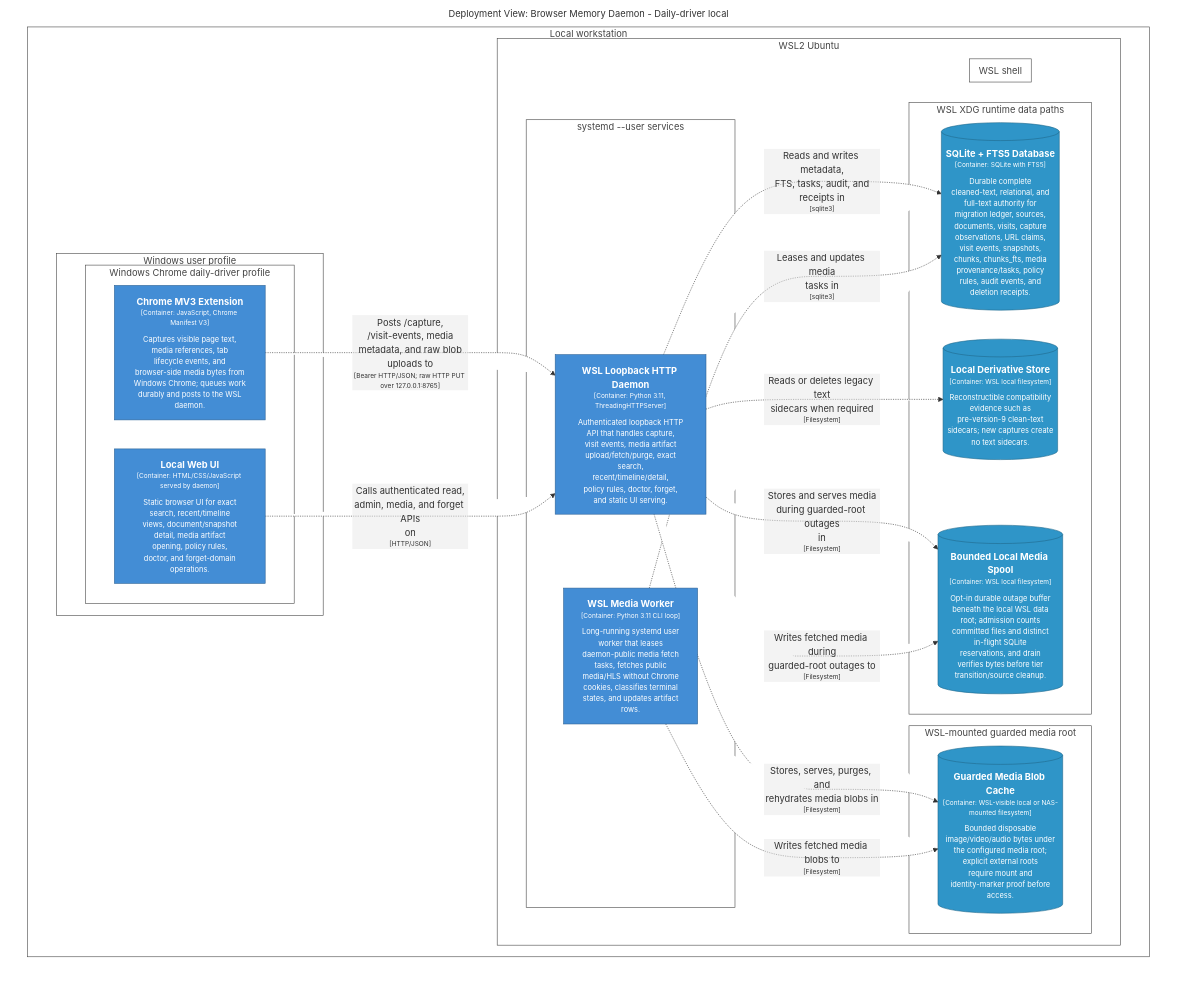
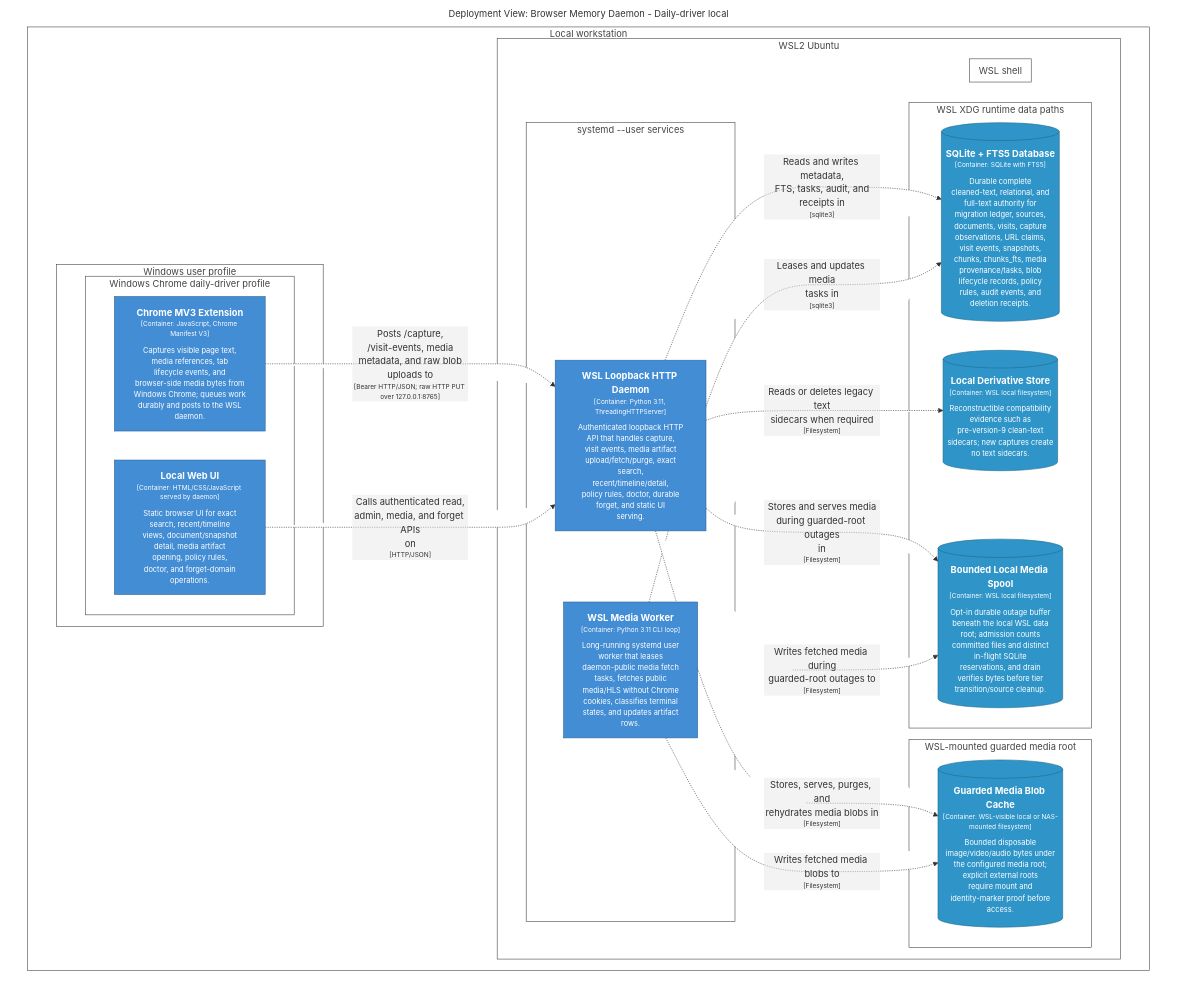
One commit to michaelnicks0/browser-memory-daemon changed the diagram in docs/architecture/diagrams/structurizr-DailyDriverDeployment.mmd. Above: the diagram before and after it, drawn with Mermaid. The commit also changed 201 other files, not shown here.

```diff
--- a/docs/architecture/diagrams/structurizr-DailyDriverDeployment.mmd
+++ b/docs/architecture/diagrams/structurizr-DailyDriverDeployment.mmd
@@ -1,73 +1,73 @@
 graph TB
   linkStyle default fill:#ffffff
 
   subgraph diagram ["Deployment View: Browser Memory Daemon - Daily-driver local"]
     style diagram fill:#ffffff,stroke:#ffffff
 
-    subgraph 94 ["Local workstation"]
-      style 94 fill:#ffffff,stroke:#444444,color:#444444
+    subgraph 100 ["Local workstation"]
+      style 100 fill:#ffffff,stroke:#444444,color:#444444
 
-      subgraph 102 ["WSL2 Ubuntu"]
-        style 102 fill:#ffffff,stroke:#444444,color:#444444
+      subgraph 101 ["Windows user profile"]
+        style 101 fill:#ffffff,stroke:#444444,color:#444444
 
-        subgraph 103 ["systemd --user services"]
-          style 103 fill:#ffffff,stroke:#444444,color:#444444
+        subgraph 102 ["Windows Chrome daily-driver profile"]
+          style 102 fill:#ffffff,stroke:#444444,color:#444444
 
-          104["<div style='font-weight: bold'>WSL Loopback HTTP Daemon</div><div style='font-size: 70%; margin-top: 0px'>[Container: Python 3.11, ThreadingHTTPServer]</div><div style='font-size: 80%; margin-top:10px'>Authenticated loopback HTTP<br />API that handles capture,<br />visit events, media artifact<br />upload/fetch/purge, exact<br />search,<br />recent/timeline/detail,<br />policy rules, doctor, forget,<br />and static UI serving.</div>"]
-          style 104 fill:#438dd5,stroke:#2e6295,color:#ffffff
-          107["<div style='font-weight: bold'>WSL Media Worker</div><div style='font-size: 70%; margin-top: 0px'>[Container: Python 3.11 CLI loop]</div><div style='font-size: 80%; margin-top:10px'>Long-running systemd user<br />worker that leases<br />daemon-public media fetch<br />tasks, fetches public<br />media/HLS without Chrome<br />cookies, classifies terminal<br />states, and updates artifact<br />rows.</div>"]
-          style 107 fill:#438dd5,stroke:#2e6295,color:#ffffff
-        end
-
-        subgraph 108 ["WSL shell"]
-          style 108 fill:#ffffff,stroke:#444444,color:#444444
-
-        end
-
-        subgraph 111 ["WSL XDG runtime data paths"]
-          style 111 fill:#ffffff,stroke:#444444,color:#444444
-
-          112[("<div style='font-weight: bold'>SQLite + FTS5 Database</div><div style='font-size: 70%; margin-top: 0px'>[Container: SQLite with FTS5]</div><div style='font-size: 80%; margin-top:10px'>Durable complete<br />cleaned-text, relational, and<br />full-text authority for<br />migration ledger, sources,<br />documents, visits, capture<br />observations, URL claims,<br />visit events, snapshots,<br />chunks, chunks_fts, media<br />provenance/tasks, policy<br />rules, audit events, and<br />deletion receipts.</div>")]
-          style 112 fill:#2f95c8,stroke:#20688c,color:#ffffff
-          116[("<div style='font-weight: bold'>Local Derivative Store</div><div style='font-size: 70%; margin-top: 0px'>[Container: WSL local filesystem]</div><div style='font-size: 80%; margin-top:10px'>Reconstructible compatibility<br />evidence such as<br />pre-version-9 clean-text<br />sidecars; new captures create<br />no text sidecars.</div>")]
-          style 116 fill:#2f95c8,stroke:#20688c,color:#ffffff
-          118[("<div style='font-weight: bold'>Bounded Local Media Spool</div><div style='font-size: 70%; margin-top: 0px'>[Container: WSL local filesystem]</div><div style='font-size: 80%; margin-top:10px'>Opt-in durable outage buffer<br />beneath the local WSL data<br />root; admission counts<br />committed files and distinct<br />in-flight SQLite<br />reservations, and drain<br />verifies bytes before tier<br />transition/source cleanup.</div>")]
-          style 118 fill:#2f95c8,stroke:#20688c,color:#ffffff
-        end
-
-        subgraph 123 ["WSL-mounted guarded media root"]
-          style 123 fill:#ffffff,stroke:#444444,color:#444444
-
-          124[("<div style='font-weight: bold'>Guarded Media Blob Cache</div><div style='font-size: 70%; margin-top: 0px'>[Container: WSL-visible local or NAS-mounted filesystem]</div><div style='font-size: 80%; margin-top:10px'>Bounded disposable<br />image/video/audio bytes under<br />the configured media root;<br />explicit external roots<br />require mount and<br />identity-marker proof before<br />access.</div>")]
-          style 124 fill:#2f95c8,stroke:#20688c,color:#ffffff
+          103["<div style='font-weight: bold'>Chrome MV3 Extension</div><div style='font-size: 70%; margin-top: 0px'>[Container: JavaScript, Chrome Manifest V3]</div><div style='font-size: 80%; margin-top:10px'>Captures visible page text,<br />media references, tab<br />lifecycle events, and<br />browser-side media bytes from<br />Windows Chrome; queues work<br />durably and posts to the WSL<br />daemon.</div>"]
+          style 103 fill:#438dd5,stroke:#2e6295,color:#ffffff
+          106["<div style='font-weight: bold'>Local Web UI</div><div style='font-size: 70%; margin-top: 0px'>[Container: HTML/CSS/JavaScript served by daemon]</div><div style='font-size: 80%; margin-top:10px'>Static browser UI for exact<br />search, recent/timeline<br />views, document/snapshot<br />detail, media artifact<br />opening, policy rules,<br />doctor, and forget-domain<br />operations.</div>"]
+          style 106 fill:#438dd5,stroke:#2e6295,color:#ffffff
         end
 
       end
 
-      subgraph 95 ["Windows user profile"]
-        style 95 fill:#ffffff,stroke:#444444,color:#444444
+      subgraph 108 ["WSL2 Ubuntu"]
+        style 108 fill:#ffffff,stroke:#444444,color:#444444
 
-        subgraph 96 ["Windows Chrome daily-driver profile"]
-          style 96 fill:#ffffff,stroke:#444444,color:#444444
+        subgraph 109 ["systemd --user services"]
+          style 109 fill:#ffffff,stroke:#444444,color:#444444
 
-          100["<div style='font-weight: bold'>Local Web UI</div><div style='font-size: 70%; margin-top: 0px'>[Container: HTML/CSS/JavaScript served by daemon]</div><div style='font-size: 80%; margin-top:10px'>Static browser UI for exact<br />search, recent/timeline<br />views, document/snapshot<br />detail, media artifact<br />opening, policy rules,<br />doctor, and forget-domain<br />operations.</div>"]
-          style 100 fill:#438dd5,stroke:#2e6295,color:#ffffff
-          97["<div style='font-weight: bold'>Chrome MV3 Extension</div><div style='font-size: 70%; margin-top: 0px'>[Container: JavaScript, Chrome Manifest V3]</div><div style='font-size: 80%; margin-top:10px'>Captures visible page text,<br />media references, tab<br />lifecycle events, and<br />browser-side media bytes from<br />Windows Chrome; queues work<br />durably and posts to the WSL<br />daemon.</div>"]
-          style 97 fill:#438dd5,stroke:#2e6295,color:#ffffff
+          110["<div style='font-weight: bold'>WSL Loopback HTTP Daemon</div><div style='font-size: 70%; margin-top: 0px'>[Container: Python 3.11, ThreadingHTTPServer]</div><div style='font-size: 80%; margin-top:10px'>Authenticated loopback HTTP<br />API that handles capture,<br />visit events, media artifact<br />upload/fetch/purge, exact<br />search,<br />recent/timeline/detail,<br />policy rules, doctor, durable<br />forget, and static UI<br />serving.</div>"]
+          style 110 fill:#438dd5,stroke:#2e6295,color:#ffffff
+          113["<div style='font-weight: bold'>WSL Media Worker</div><div style='font-size: 70%; margin-top: 0px'>[Container: Python 3.11 CLI loop]</div><div style='font-size: 80%; margin-top:10px'>Long-running systemd user<br />worker that leases<br />daemon-public media fetch<br />tasks, fetches public<br />media/HLS without Chrome<br />cookies, classifies terminal<br />states, and updates artifact<br />rows.</div>"]
+          style 113 fill:#438dd5,stroke:#2e6295,color:#ffffff
+        end
+
+        subgraph 114 ["WSL shell"]
+          style 114 fill:#ffffff,stroke:#444444,color:#444444
+
+        end
+
+        subgraph 117 ["WSL XDG runtime data paths"]
+          style 117 fill:#ffffff,stroke:#444444,color:#444444
+
+          118[("<div style='font-weight: bold'>SQLite + FTS5 Database</div><div style='font-size: 70%; margin-top: 0px'>[Container: SQLite with FTS5]</div><div style='font-size: 80%; margin-top:10px'>Durable complete<br />cleaned-text, relational, and<br />full-text authority for<br />migration ledger, sources,<br />documents, visits, capture<br />observations, URL claims,<br />visit events, snapshots,<br />chunks, chunks_fts, media<br />provenance/tasks, blob<br />lifecycle records, policy<br />rules, audit events, and<br />deletion receipts.</div>")]
+          style 118 fill:#2f95c8,stroke:#20688c,color:#ffffff
+          122[("<div style='font-weight: bold'>Local Derivative Store</div><div style='font-size: 70%; margin-top: 0px'>[Container: WSL local filesystem]</div><div style='font-size: 80%; margin-top:10px'>Reconstructible compatibility<br />evidence such as<br />pre-version-9 clean-text<br />sidecars; new captures create<br />no text sidecars.</div>")]
+          style 122 fill:#2f95c8,stroke:#20688c,color:#ffffff
+          124[("<div style='font-weight: bold'>Bounded Local Media Spool</div><div style='font-size: 70%; margin-top: 0px'>[Container: WSL local filesystem]</div><div style='font-size: 80%; margin-top:10px'>Opt-in durable outage buffer<br />beneath the local WSL data<br />root; admission counts<br />committed files and distinct<br />in-flight SQLite<br />reservations, and drain<br />verifies bytes before tier<br />transition/source cleanup.</div>")]
+          style 124 fill:#2f95c8,stroke:#20688c,color:#ffffff
+        end
+
+        subgraph 129 ["WSL-mounted guarded media root"]
+          style 129 fill:#ffffff,stroke:#444444,color:#444444
+
+          130[("<div style='font-weight: bold'>Guarded Media Blob Cache</div><div style='font-size: 70%; margin-top: 0px'>[Container: WSL-visible local or NAS-mounted filesystem]</div><div style='font-size: 80%; margin-top:10px'>Bounded disposable<br />image/video/audio bytes under<br />the configured media root;<br />explicit external roots<br />require mount and<br />identity-marker proof before<br />access.</div>")]
+          style 130 fill:#2f95c8,stroke:#20688c,color:#ffffff
         end
 
       end
 
     end
 
-    97-. "<div>Posts /capture,<br />/visit-events, media<br />metadata, and raw blob<br />uploads to</div><div style='font-size: 70%'>[Bearer HTTP/JSON; raw HTTP PUT over 127.0.0.1:8765]</div>" .->104
-    100-. "<div>Calls authenticated read,<br />admin, media, and forget APIs<br />on</div><div style='font-size: 70%'>[HTTP/JSON]</div>" .->104
-    104-. "<div>Reads and writes metadata,<br />FTS, tasks, audit, and<br />receipts in</div><div style='font-size: 70%'>[sqlite3]</div>" .->112
-    107-. "<div>Leases and updates media<br />tasks in</div><div style='font-size: 70%'>[sqlite3]</div>" .->112
-    104-. "<div>Reads or deletes legacy text<br />sidecars when required</div><div style='font-size: 70%'>[Filesystem]</div>" .->116
-    104-. "<div>Stores and serves media<br />during guarded-root outages<br />in</div><div style='font-size: 70%'>[Filesystem]</div>" .->118
-    107-. "<div>Writes fetched media during<br />guarded-root outages to</div><div style='font-size: 70%'>[Filesystem]</div>" .->118
-    104-. "<div>Stores, serves, purges, and<br />rehydrates media blobs in</div><div style='font-size: 70%'>[Filesystem]</div>" .->124
-    107-. "<div>Writes fetched media blobs to</div><div style='font-size: 70%'>[Filesystem]</div>" .->124
+    103-. "<div>Posts /capture,<br />/visit-events, media<br />metadata, and raw blob<br />uploads to</div><div style='font-size: 70%'>[Bearer HTTP/JSON; raw HTTP PUT over 127.0.0.1:8765]</div>" .->110
+    106-. "<div>Calls authenticated read,<br />admin, media, and forget APIs<br />on</div><div style='font-size: 70%'>[HTTP/JSON]</div>" .->110
+    110-. "<div>Reads and writes metadata,<br />FTS, tasks, audit, and<br />receipts in</div><div style='font-size: 70%'>[sqlite3]</div>" .->118
+    113-. "<div>Leases and updates media<br />tasks in</div><div style='font-size: 70%'>[sqlite3]</div>" .->118
+    110-. "<div>Reads or deletes legacy text<br />sidecars when required</div><div style='font-size: 70%'>[Filesystem]</div>" .->122
+    110-. "<div>Stores and serves media<br />during guarded-root outages<br />in</div><div style='font-size: 70%'>[Filesystem]</div>" .->124
+    113-. "<div>Writes fetched media during<br />guarded-root outages to</div><div style='font-size: 70%'>[Filesystem]</div>" .->124
+    110-. "<div>Stores, serves, purges, and<br />rehydrates media blobs in</div><div style='font-size: 70%'>[Filesystem]</div>" .->130
+    113-. "<div>Writes fetched media blobs to</div><div style='font-size: 70%'>[Filesystem]</div>" .->130
 
   end
```
